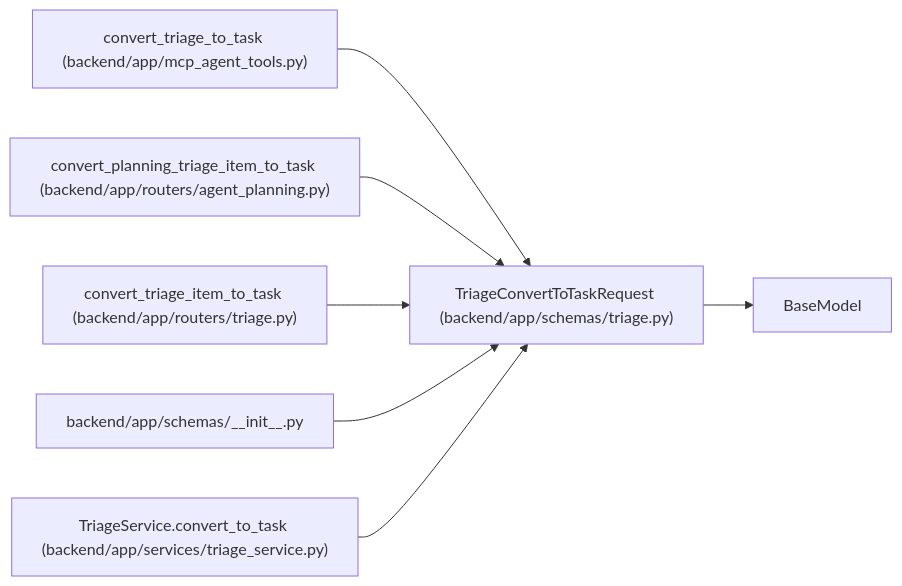
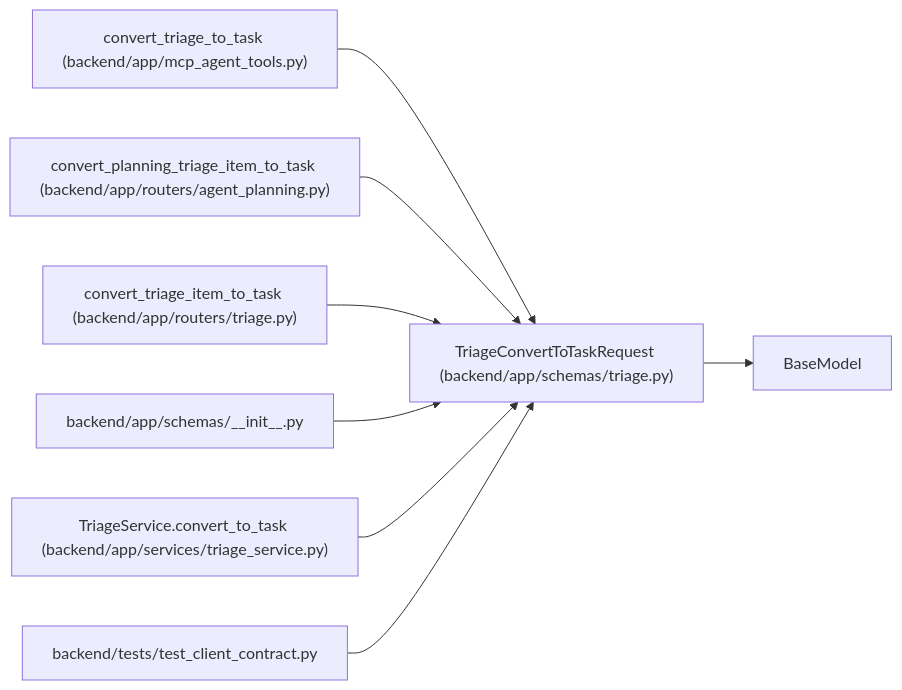
The diagram in docs/llm_wiki/entities/schemas_triage_TriageConvertToTaskRequest.md (Denissvgn/WorkChord), drawn with Mermaid before and after one commit. The commit also changed other lines of this file and 958 other files, not shown here.

First line of the commit message:
docs(wiki): refresh identity and recovery architecture

````diff
--- a/docs/llm_wiki/entities/schemas_triage_TriageConvertToTaskRequest.md
+++ b/docs/llm_wiki/entities/schemas_triage_TriageConvertToTaskRequest.md
@@ -43,22 +43,25 @@
 ```mermaid
 flowchart LR
     n0["TriageConvertToTaskRequest (backend/app/schemas/triage.py)"]
     n1["BaseModel"]
     n2["convert_triage_to_task (backend/app/mcp_agent_tools.py)"]
     n3["convert_planning_triage_item_to_task (backend/app/routers/agent_planning.py)"]
     n4["convert_triage_item_to_task (backend/app/routers/triage.py)"]
     n5["backend/app/schemas/__init__.py"]
     n6["TriageService.convert_to_task (backend/app/services/triage_service.py)"]
+    n7["backend/tests/test_client_contract.py"]
     n0 --> n1
     n2 --> n0
     n3 --> n0
     n4 --> n0
     n5 --> n0
     n6 --> n0
+    n7 --> n0
     click n0 "../modules/schemas_triage.md"
     click n2 "../modules/mcp_agent_tools.md"
     click n3 "../modules/routers_agent_planning.md"
     click n4 "../modules/routers_triage.md"
     click n5 "../modules/schemas___init__.md"
     click n6 "../modules/triage_service.md"
+    click n7 "../modules/test_client_contract.md"
 ```
````
